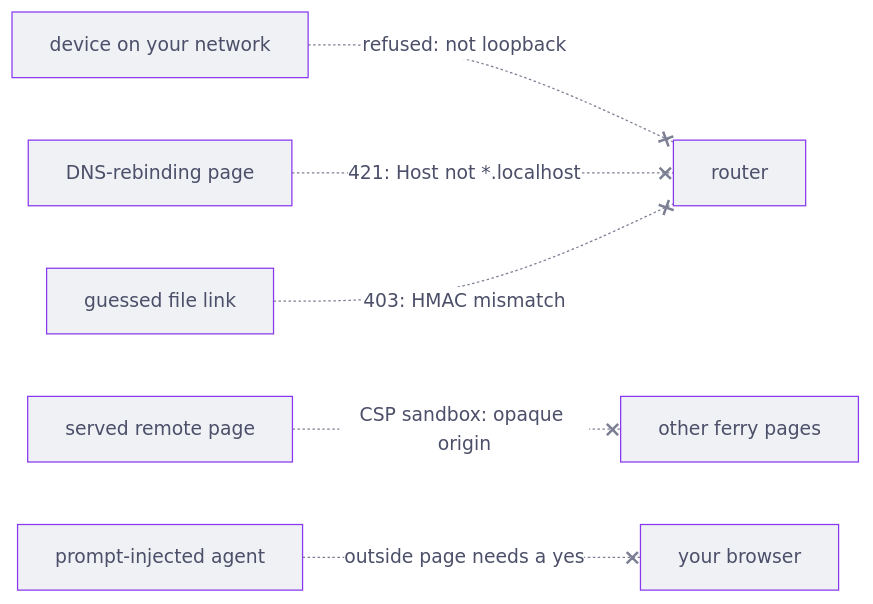
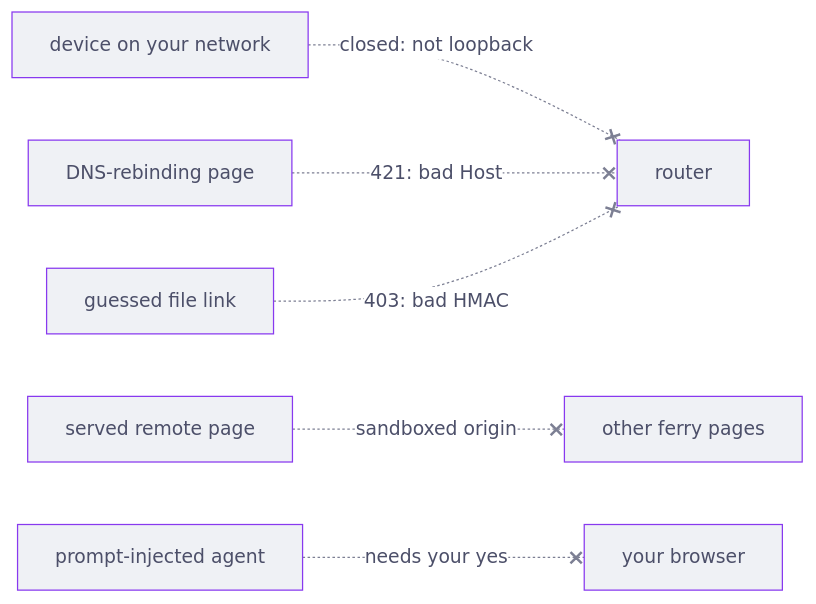
One commit to kujjwal02/bifrost changed the sixth of 6 diagrams in docs/architecture.md. Above: the diagram before and after it, drawn with Mermaid. The commit also changed other lines of this file, not shown here.

Commit message:
docs: shorter lifecycle and security diagrams

````diff
--- a/docs/architecture.md
+++ b/docs/architecture.md
@@ -186,10 +185,9 @@
 ```mermaid
 %%{init: {"theme": "base", "themeVariables": {"fontFamily": "ui-sans-serif, system-ui, sans-serif", "fontSize": "15px", "primaryColor": "#eff1f5", "primaryBorderColor": "#8839ef", "primaryTextColor": "#4c4f69", "lineColor": "#7c7f93", "secondaryColor": "#e6e9ef", "tertiaryColor": "#f5f5fa", "edgeLabelBackground": "#ffffff", "actorBkg": "#eff1f5", "actorBorder": "#8839ef", "actorTextColor": "#4c4f69", "signalColor": "#5c5f77", "signalTextColor": "#4c4f69", "sequenceNumberColor": "#ffffff", "labelBoxBkgColor": "#eff1f5"}}}%%
 flowchart LR
-  lan["device on your network"] -. "refused: not loopback" .-x router
-  rebind["DNS-rebinding page"] -. "421: Host not *.localhost" .-x router
-  page["served remote page"] -. "CSP sandbox: opaque origin" .-x other["other ferry pages"]
-  agent["prompt-injected agent"] -. "outside page needs a yes" .-x browser["your browser"]
-  forged["guessed file link"] -. "403: HMAC mismatch" .-x router
-  router["router"]
+  lan["device on your network"] -. "closed: not loopback" .-x router["router"]
+  rebind["DNS-rebinding page"] -. "421: bad Host" .-x router
+  forged["guessed file link"] -. "403: bad HMAC" .-x router
+  page["served remote page"] -. "sandboxed origin" .-x other["other ferry pages"]
+  agent["prompt-injected agent"] -. "needs your yes" .-x browser["your browser"]
 ```
````
